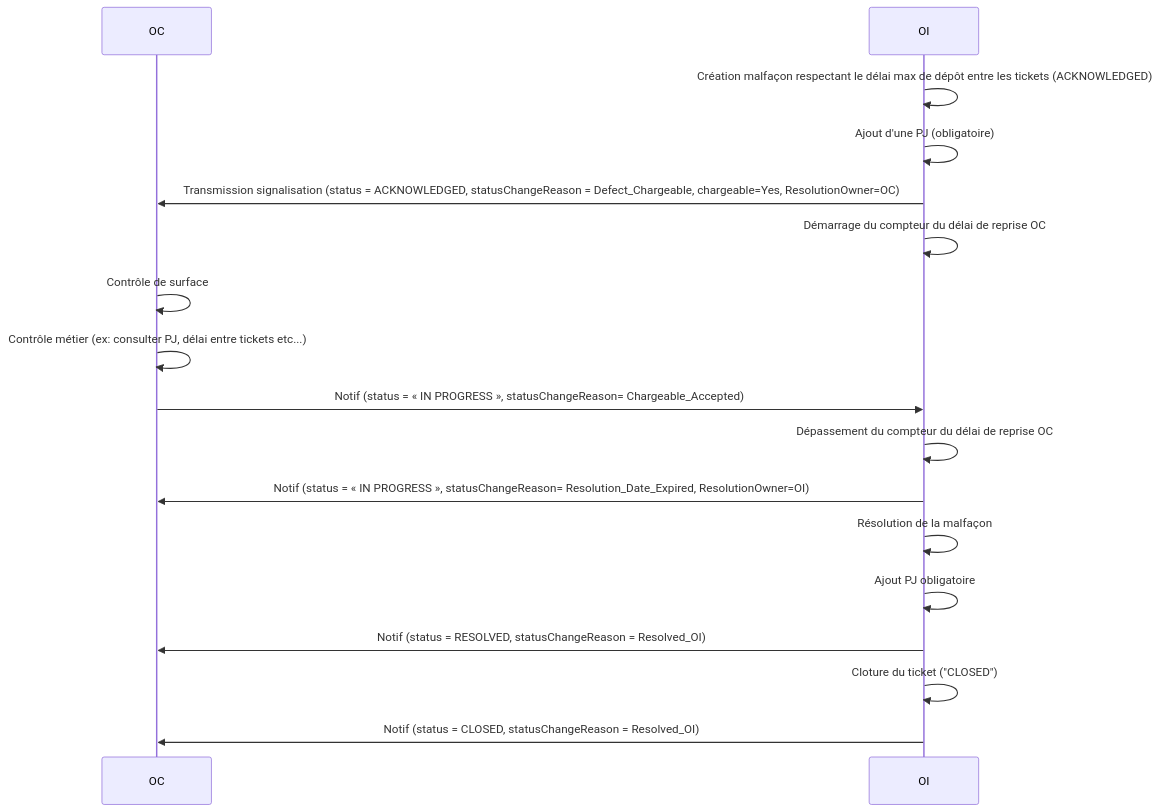
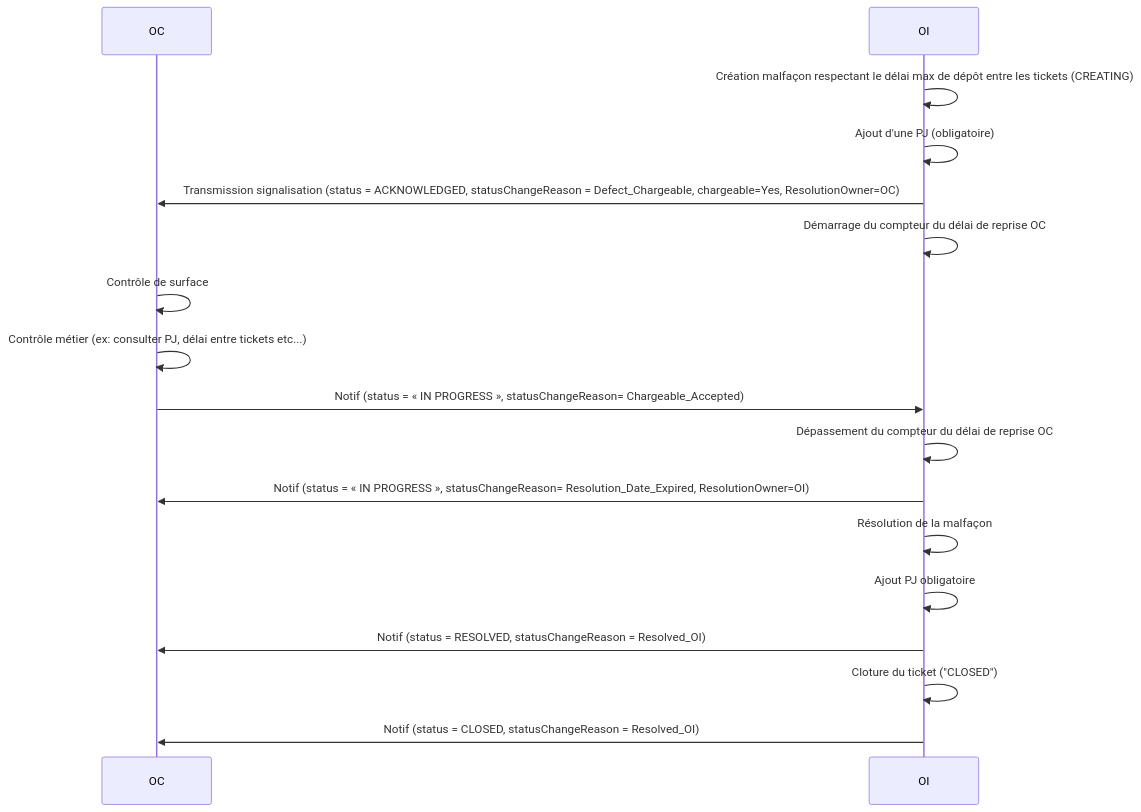
One commit to before-interop/malfacon changed the fifth of 12 diagrams in README.md. Above: the diagram before and after it, drawn with Mermaid. The commit also changed other lines of this file and 5 other files, not shown here.

````diff
--- a/README.md
+++ b/README.md
@@ -370,21 +415,21 @@
 ```mermaid
 sequenceDiagram
 
   participant OC
   participant OI
 
-  OI->>OI: Création malfaçon respectant le délai max de dépôt entre les tickets (ACKNOWLEDGED)
+  OI->>OI: Création malfaçon respectant le délai max de dépôt entre les tickets (CREATING)
   OI->>OI: Ajout d'une PJ (obligatoire)
   OI->>OC: Transmission signalisation (status = ACKNOWLEDGED, statusChangeReason = Defect_Chargeable, chargeable=Yes, ResolutionOwner=OC)
   OI->>OI: Démarrage du compteur du délai de reprise OC
   OC->>OC: Contrôle de surface
   OC->>OC: Contrôle métier (ex: consulter PJ, délai entre tickets etc...)
-  OC->>OI: Notif (status = « IN PROGRESS », statusChangeReason= Chargeable_Accepted)
+  OC->>OI: Notif (status = « IN PROGRESS », statusChangeReason= Chargeable_Accepted)
   OI->>OI: Dépassement du compteur du délai de reprise OC
-  OI->>OC: Notif (status = « IN PROGRESS », statusChangeReason= Resolution_Date_Expired, ResolutionOwner=OI)
+  OI->>OC: Notif (status = « IN PROGRESS », statusChangeReason= Resolution_Date_Expired, ResolutionOwner=OI)
   OI->>OI: Résolution de la malfaçon
   OI->>OI: Ajout PJ obligatoire
   OI->>OC: Notif (status = RESOLVED, statusChangeReason = Resolved_OI)
   OI->>OI: Cloture du ticket ("CLOSED")
   OI->>OC: Notif (status = CLOSED, statusChangeReason = Resolved_OI)
 ```
````
